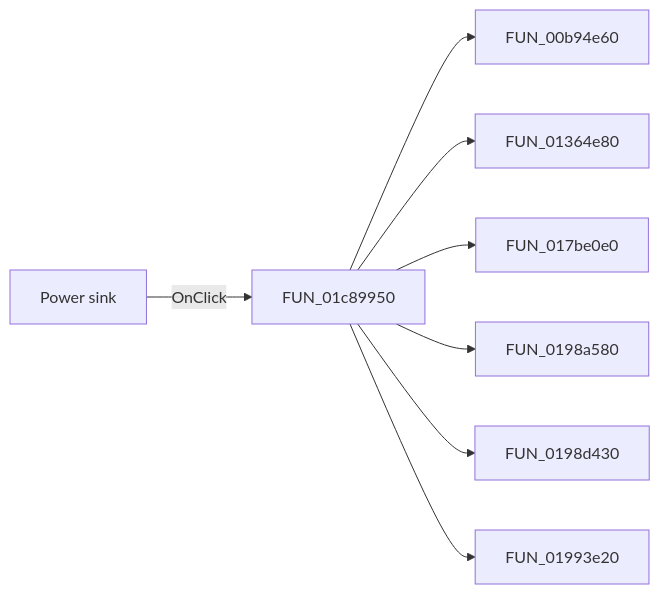
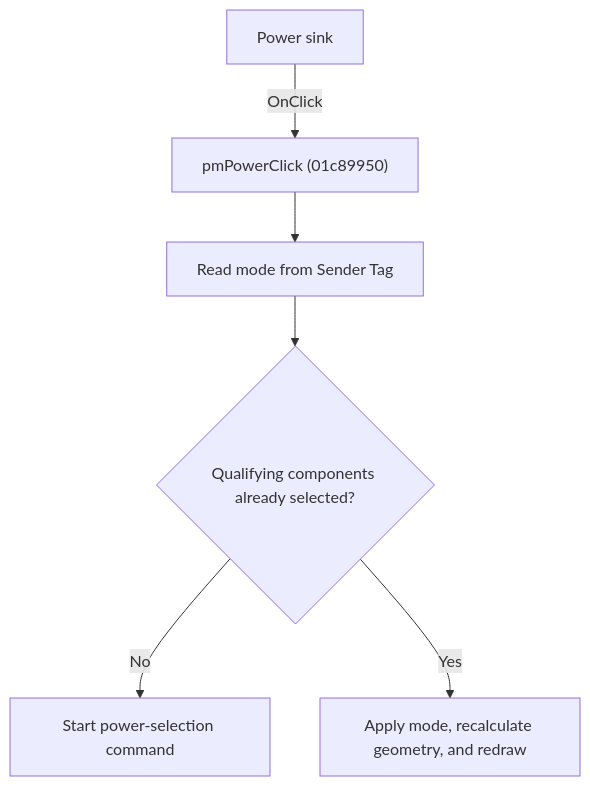
Before and after one commit to MovGP0/TIARA: the diagram in docs/ui-controls/schematiceditor/pmpwrsink-1430160d97.md, drawn with Mermaid. The commit also changed other lines of this file and 1062 other files, not shown here.

````diff
--- a/docs/ui-controls/schematiceditor/pmpwrsink-1430160d97.md
+++ b/docs/ui-controls/schematiceditor/pmpwrsink-1430160d97.md
@@ -27,10 +27,8 @@
 ```mermaid
-flowchart LR
-    control["Power sink"] -->|OnClick| handler["FUN_01c89950"]
-    handler --> call1["FUN_00b94e60"]
-    handler --> call2["FUN_01364e80"]
-    handler --> call3["FUN_017be0e0"]
-    handler --> call4["FUN_0198a580"]
-    handler --> call5["FUN_0198d430"]
-    handler --> call6["FUN_01993e20"]
+flowchart TD
+    control["Power sink"] -->|"OnClick"| handler["pmPowerClick (01c89950)"]
+    handler --> tag["Read mode from Sender Tag"]
+    tag --> selection{"Qualifying components already selected?"}
+    selection -->|"No"| tool["Start power-selection command"]
+    selection -->|"Yes"| apply["Apply mode, recalculate geometry, and redraw"]
 ```
````
